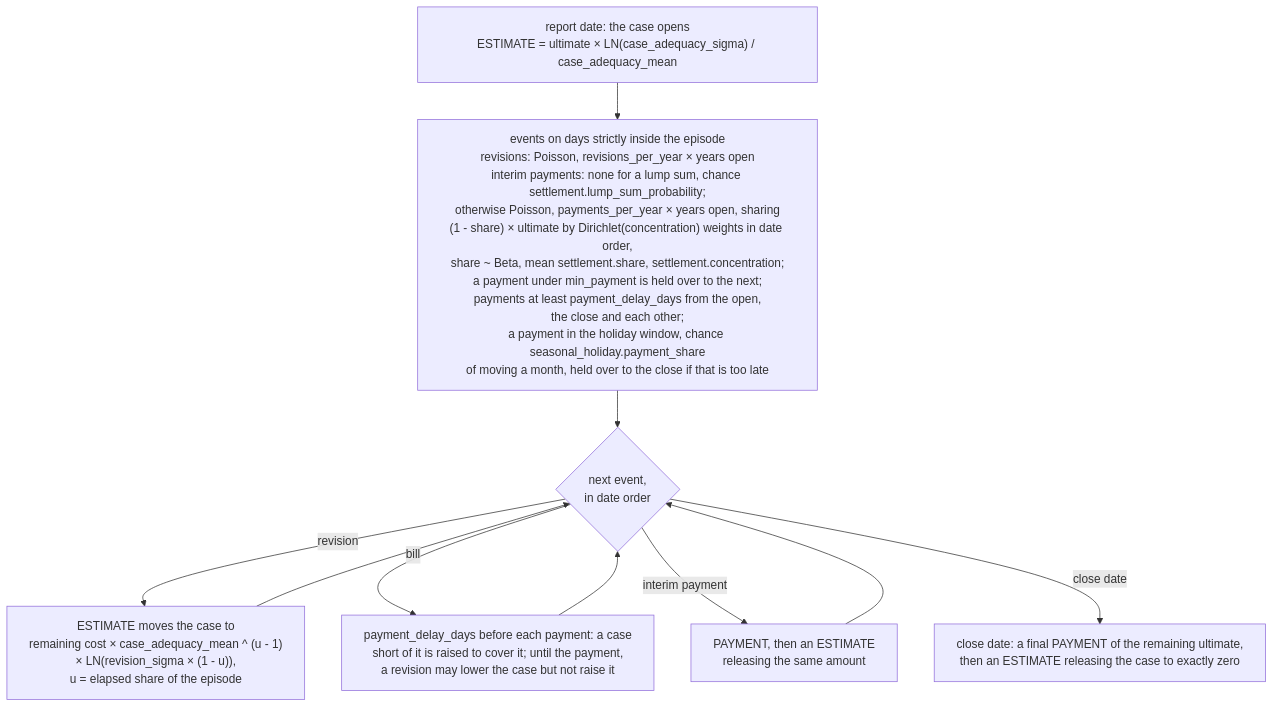
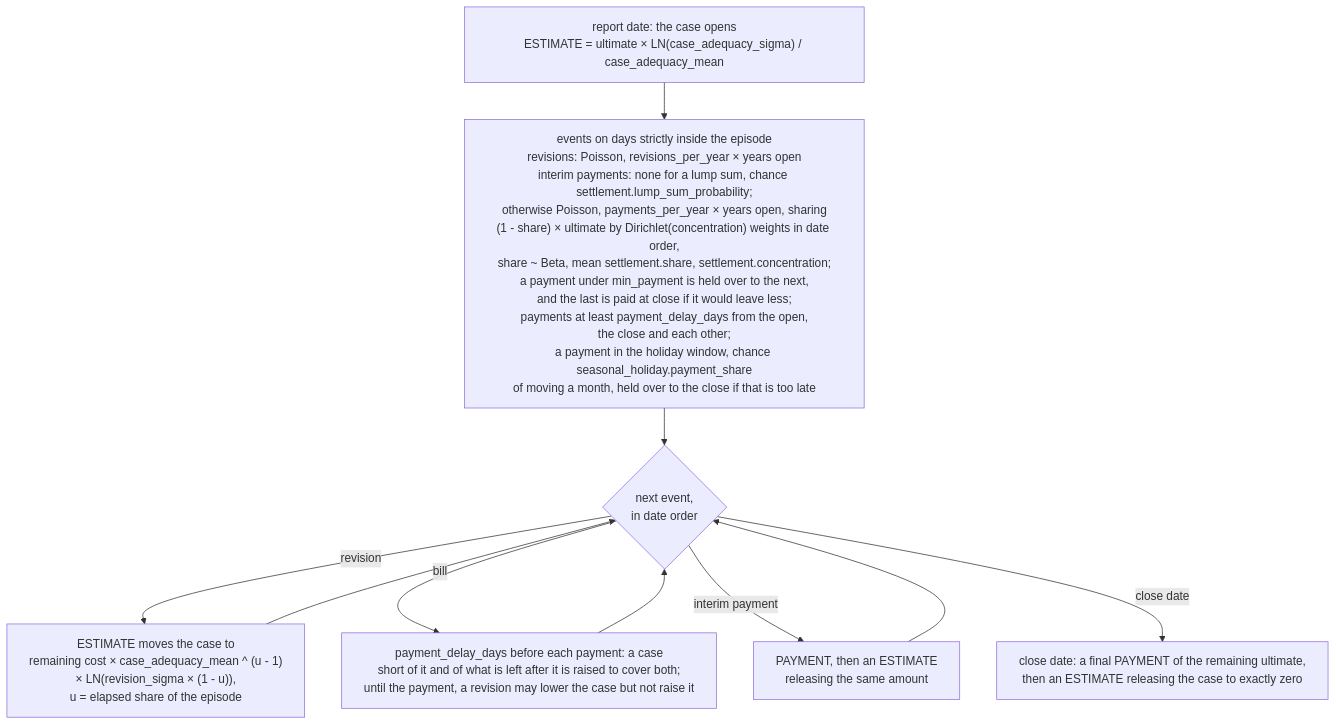
Before and after one commit to le-marais/claims-data-generator: the sixth of 10 diagrams in README.md, drawn with Mermaid. The commit also changed other lines of this file and 10 other files, not shown here.

Commit message:
Floor the final settlement at the minimum payment and keep the case open until close (MR-23) (#37)

````diff
--- a/README.md
+++ b/README.md
@@ -226,16 +226,16 @@
 ```mermaid
 %%{init: {"flowchart": {"wrappingWidth": 480}}}%%
 flowchart TD
     opening["report date: the case opens<br/>ESTIMATE = ultimate × LN(case_adequacy_sigma) / case_adequacy_mean"]
-    events["events on days strictly inside the episode<br/>revisions: Poisson, revisions_per_year × years open<br/>interim payments: none for a lump sum, chance settlement.lump_sum_probability;<br/>otherwise Poisson, payments_per_year × years open, sharing<br/>(1 - share) × ultimate by Dirichlet(concentration) weights in date order,<br/>share ~ Beta, mean settlement.share, settlement.concentration;<br/>a payment under min_payment is held over to the next;<br/>payments at least payment_delay_days from the open,<br/>the close and each other;<br/>a payment in the holiday window, chance seasonal_holiday.payment_share<br/>of moving a month, held over to the close if that is too late"]
+    events["events on days strictly inside the episode<br/>revisions: Poisson, revisions_per_year × years open<br/>interim payments: none for a lump sum, chance settlement.lump_sum_probability;<br/>otherwise Poisson, payments_per_year × years open, sharing<br/>(1 - share) × ultimate by Dirichlet(concentration) weights in date order,<br/>share ~ Beta, mean settlement.share, settlement.concentration;<br/>a payment under min_payment is held over to the next,<br/>and the last is paid at close if it would leave less;<br/>payments at least payment_delay_days from the open,<br/>the close and each other;<br/>a payment in the holiday window, chance seasonal_holiday.payment_share<br/>of moving a month, held over to the close if that is too late"]
     nextEvent{"next event,<br/>in date order"}
     revise["ESTIMATE moves the case to<br/>remaining cost × case_adequacy_mean ^ (u - 1)<br/>× LN(revision_sigma × (1 - u)),<br/>u = elapsed share of the episode"]
     pay["PAYMENT, then an ESTIMATE<br/>releasing the same amount"]
-    bill["payment_delay_days before each payment: a case<br/>short of it is raised to cover it; until the payment,<br/>a revision may lower the case but not raise it"]
+    bill["payment_delay_days before each payment: a case<br/>short of it and of what is left after it is raised to cover both;<br/>until the payment, a revision may lower the case but not raise it"]
     settle["close date: a final PAYMENT of the remaining ultimate,<br/>then an ESTIMATE releasing the case to exactly zero"]
     opening --> events --> nextEvent
     nextEvent -- "revision" --> revise --> nextEvent
     nextEvent -- "bill" --> bill --> nextEvent
     nextEvent -- "interim payment" --> pay --> nextEvent
     nextEvent -- "close date" --> settle
 ```
````
